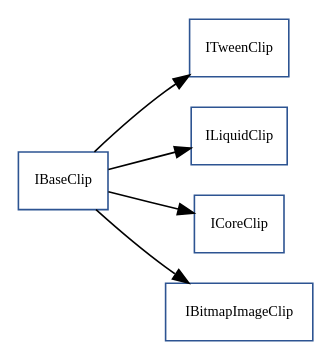
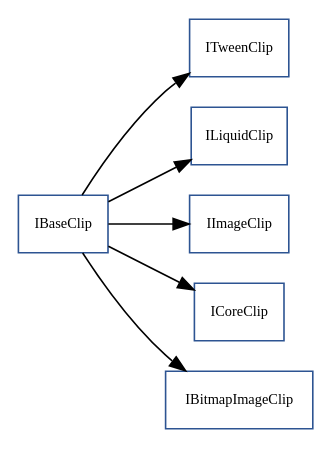
The diagram in docs/com/sekati/display/interfaces.dot (sekati/sasapi), drawn with Graphviz before and after one commit. The commit also changed 66 other files, not shown here.

```diff
--- a/docs/com/sekati/display/interfaces.dot
+++ b/docs/com/sekati/display/interfaces.dot
@@ -1,52 +1,62 @@
 strict digraph interface_diagram {
   rankdir=LR;
   ITweenClip[
     label="ITweenClip",
     URL="ITweenClip.html",
     tooltip="com.sekati.display.ITweenClip",
     fontname="Verdana-Italic",
     fontsize="9"
     color="#2d5492"
     shape="record"
   ];
   ILiquidClip[
     label="ILiquidClip",
     URL="ILiquidClip.html",
     tooltip="com.sekati.display.ILiquidClip",
+    fontname="Verdana-Italic",
+    fontsize="9"
+    color="#2d5492"
+    shape="record"
+  ];
+  IImageClip[
+    label="IImageClip",
+    URL="IImageClip.html",
+    tooltip="com.sekati.display.IImageClip",
     fontname="Verdana-Italic",
     fontsize="9"
     color="#2d5492"
     shape="record"
   ];
   ICoreClip[
     label="ICoreClip",
     URL="ICoreClip.html",
     tooltip="com.sekati.display.ICoreClip",
     fontname="Verdana-Italic",
     fontsize="9"
     color="#2d5492"
     shape="record"
   ];
   IBitmapImageClip[
     label="IBitmapImageClip",
     URL="IBitmapImageClip.html",
     tooltip="com.sekati.display.IBitmapImageClip",
     fontname="Verdana-Italic",
     fontsize="9"
     color="#2d5492"
     shape="record"
   ];
   IBaseClip[
     label="IBaseClip",
     URL="IBaseClip.html",
     tooltip="com.sekati.display.IBaseClip",
     fontname="Verdana-Italic",
     fontsize="9"
     color="#2d5492"
     shape="record"
   ];
   IBaseClip -> ITweenClip;
   IBaseClip -> ILiquidClip;
+  IBaseClip -> IImageClip;
   IBaseClip -> ICoreClip;
   IBaseClip -> IBitmapImageClip;
 }
```
